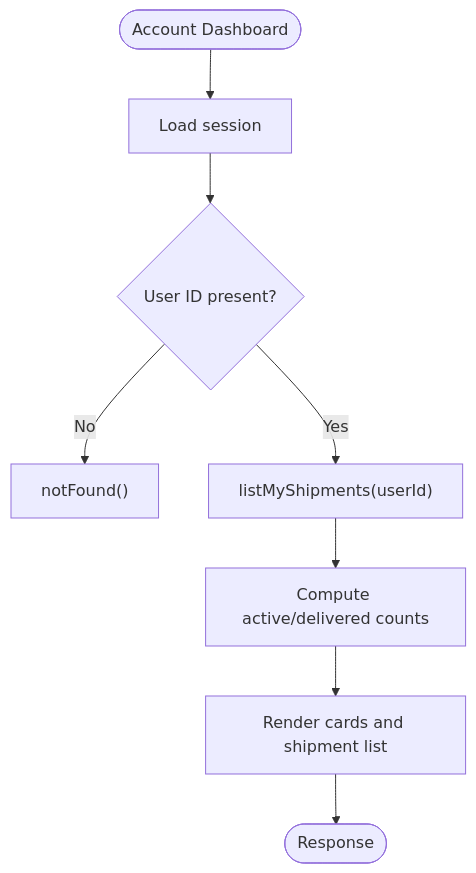
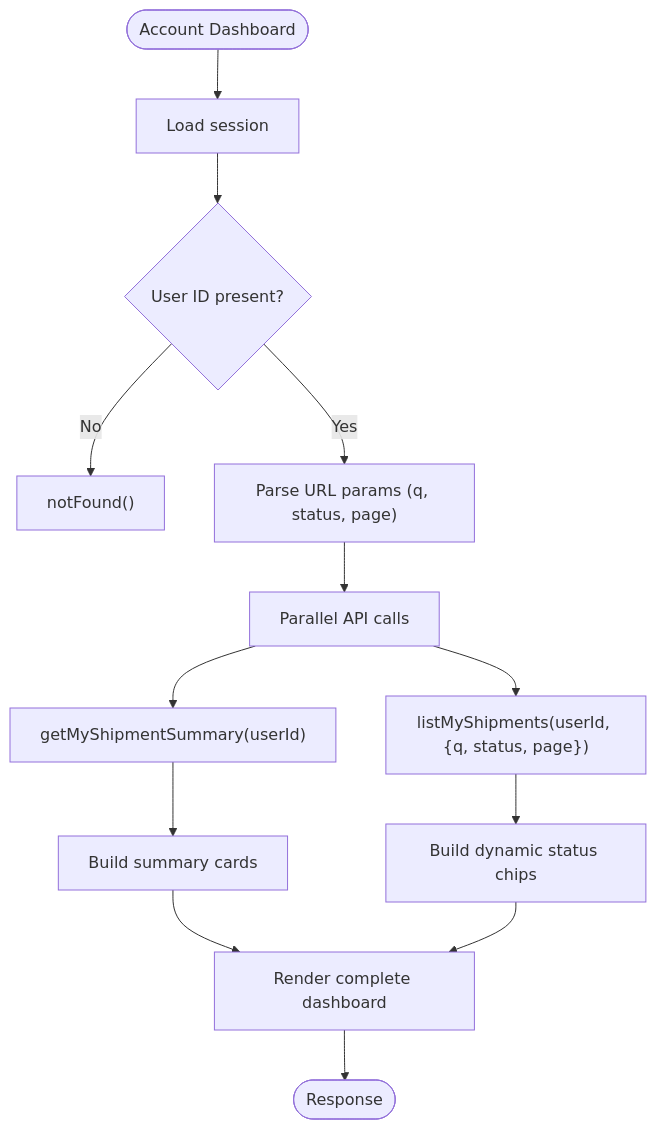
The fourth of 14 diagrams in .qoder/repowiki/en/content/Authentication System/User Management/User Profile Management.md (gyamposudodzi/Timberland), drawn with Mermaid before and after one commit. The commit also changed other lines of this file and 48 other files, not shown here.

First line of the commit message:
feat(testing): expand E2E test coverage with new user flows and dashboard features

````diff
--- a/.qoder/repowiki/en/content/Authentication System/User Management/User Profile Management.md
+++ b/.qoder/repowiki/en/content/Authentication System/User Management/User Profile Management.md
@@ -178,10 +194,15 @@
 ```mermaid
 flowchart TD
 Entry(["Account Dashboard"]) --> LoadSession["Load session"]
 LoadSession --> CheckUser{"User ID present?"}
 CheckUser --> |No| NotFound["notFound()"]
-CheckUser --> |Yes| LoadShipments["listMyShipments(userId)"]
-LoadShipments --> ComputeMetrics["Compute active/delivered counts"]
-ComputeMetrics --> RenderUI["Render cards and shipment list"]
+CheckUser --> |Yes| ParseParams["Parse URL params (q, status, page)"]
+ParseParams --> ParallelLoad["Parallel API calls"]
+ParallelLoad --> Summary["getMyShipmentSummary(userId)"]
+ParallelLoad --> List["listMyShipments(userId, {q, status, page})"]
+Summary --> Cards["Build summary cards"]
+List --> FilterChips["Build dynamic status chips"]
+Cards --> RenderUI["Render complete dashboard"]
+FilterChips --> RenderUI
 RenderUI --> Exit(["Response"])
 ```
````
